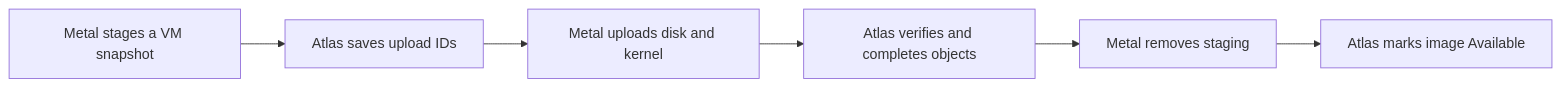
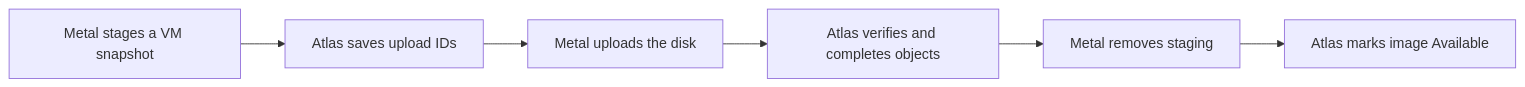
Before and after one commit to frappe/atlas: the diagram in docs/storage/index.md, drawn with Mermaid. The commit also changed 22 other files, not shown here.

````diff
--- a/docs/storage/index.md
+++ b/docs/storage/index.md
@@ -17,8 +17,8 @@
 ```mermaid
 flowchart LR
     A[Metal stages a VM snapshot] --> B[Atlas saves upload IDs]
-    B --> C[Metal uploads disk and kernel]
+    B --> C[Metal uploads the disk]
     C --> D[Atlas verifies and completes objects]
     D --> E[Metal removes staging]
     E --> F[Atlas marks image Available]
 ```
````
